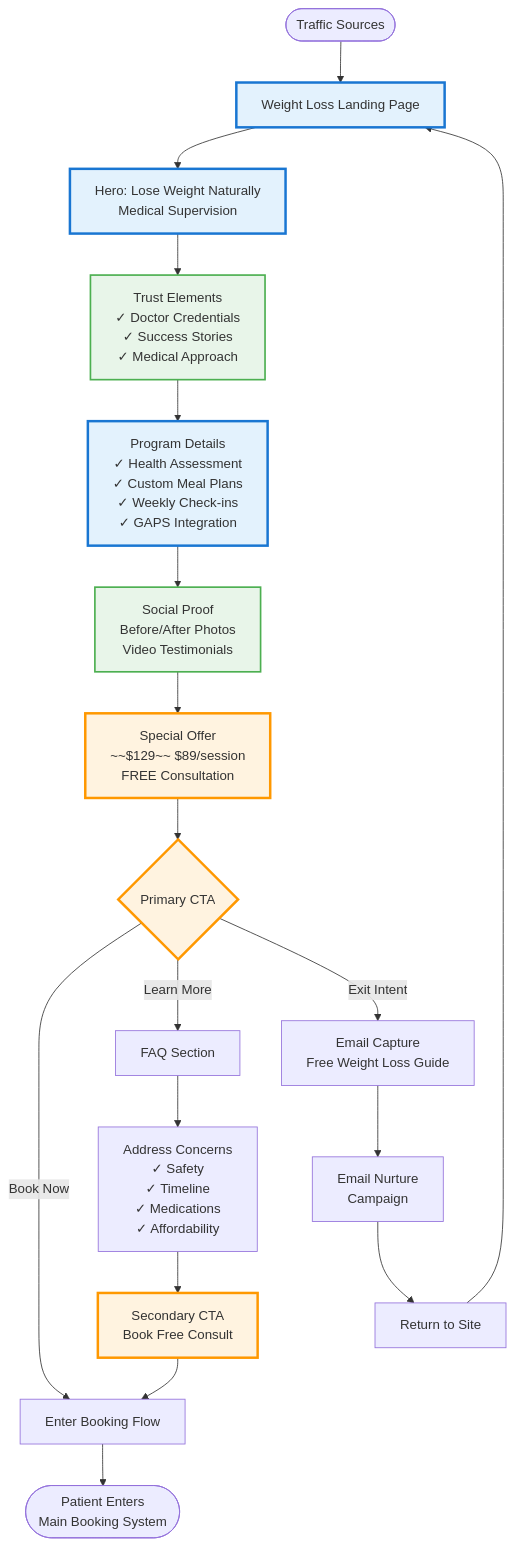
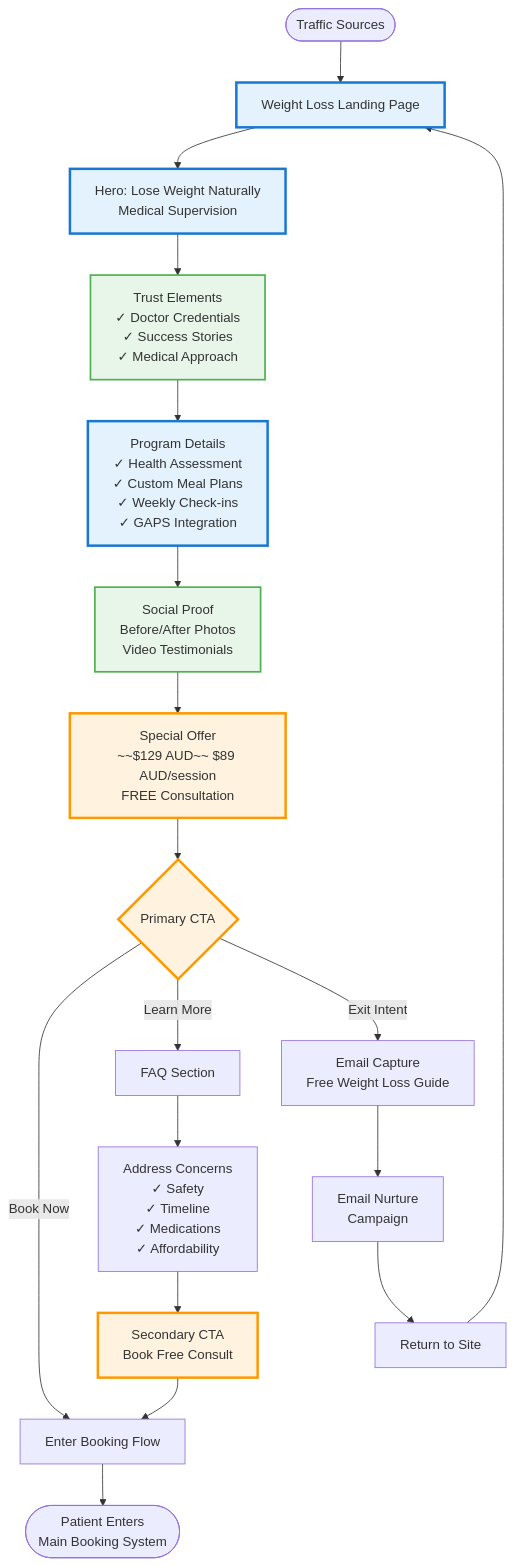
The diagram in flowcharts/3-future-options/service-funnels/weight-loss-funnel.md (adaptationio/botanical-updates), drawn with Mermaid before and after one commit. The commit also changed 31 other files, not shown here.

````diff
--- a/flowcharts/3-future-options/service-funnels/weight-loss-funnel.md
+++ b/flowcharts/3-future-options/service-funnels/weight-loss-funnel.md
@@ -8,37 +8,37 @@
 ```mermaid
 graph TD
     Start([Traffic Sources]) --> Landing[Weight Loss Landing Page]
     
     Landing --> Hero[Hero: Lose Weight Naturally<br/>Medical Supervision]
     Hero --> Trust[Trust Elements<br/>✓ Doctor Credentials<br/>✓ Success Stories<br/>✓ Medical Approach]
     
     Trust --> Program[Program Details<br/>✓ Health Assessment<br/>✓ Custom Meal Plans<br/>✓ Weekly Check-ins<br/>✓ GAPS Integration]
     
     Program --> Social[Social Proof<br/>Before/After Photos<br/>Video Testimonials]
     
-    Social --> Pricing[Special Offer<br/>~~$129~~ $89/session<br/>FREE Consultation]
+    Social --> Pricing[Special Offer<br/>~~$129 AUD~~ $89 AUD/session<br/>FREE Consultation]
     
     Pricing --> CTA1{Primary CTA}
     CTA1 -->|Book Now| Booking[Enter Booking Flow]
     CTA1 -->|Learn More| FAQ[FAQ Section]
     
     FAQ --> Objections[Address Concerns<br/>✓ Safety<br/>✓ Timeline<br/>✓ Medications<br/>✓ Affordability]
     
     Objections --> CTA2[Secondary CTA<br/>Book Free Consult]
     CTA2 --> Booking
     
     Booking --> Success([Patient Enters<br/>Main Booking System])
     
     CTA1 -->|Exit Intent| Capture[Email Capture<br/>Free Weight Loss Guide]
     Capture --> Nurture[Email Nurture<br/>Campaign]
     Nurture --> Return[Return to Site]
     Return --> Landing
     
     classDef primary fill:#e3f2fd,stroke:#1976d2,stroke-width:3px
     classDef trust fill:#e8f5e9,stroke:#4caf50,stroke-width:2px
     classDef cta fill:#fff3e0,stroke:#ff9800,stroke-width:3px
     
     class Landing,Hero,Program primary
     class Trust,Social trust
     class CTA1,CTA2,Pricing cta
 ```
````
